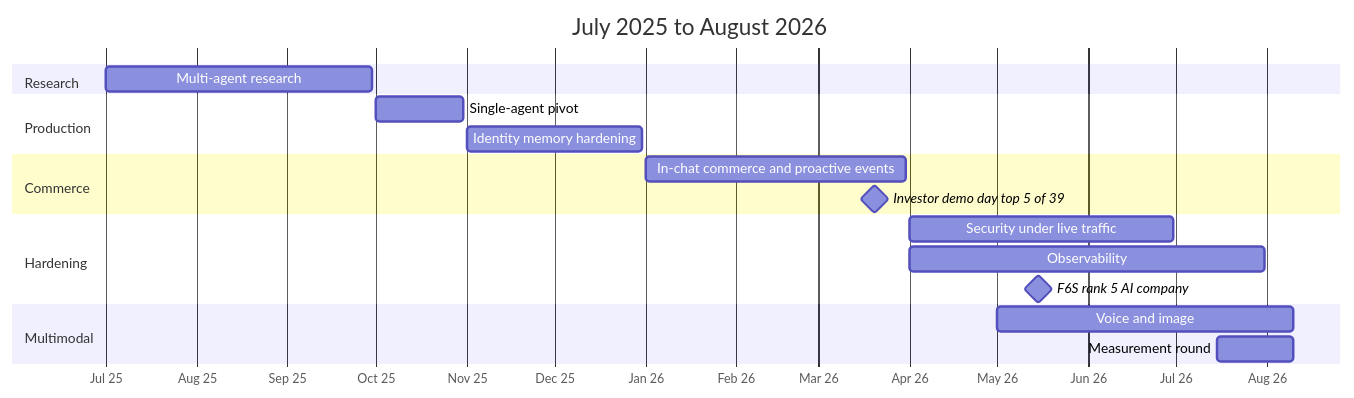
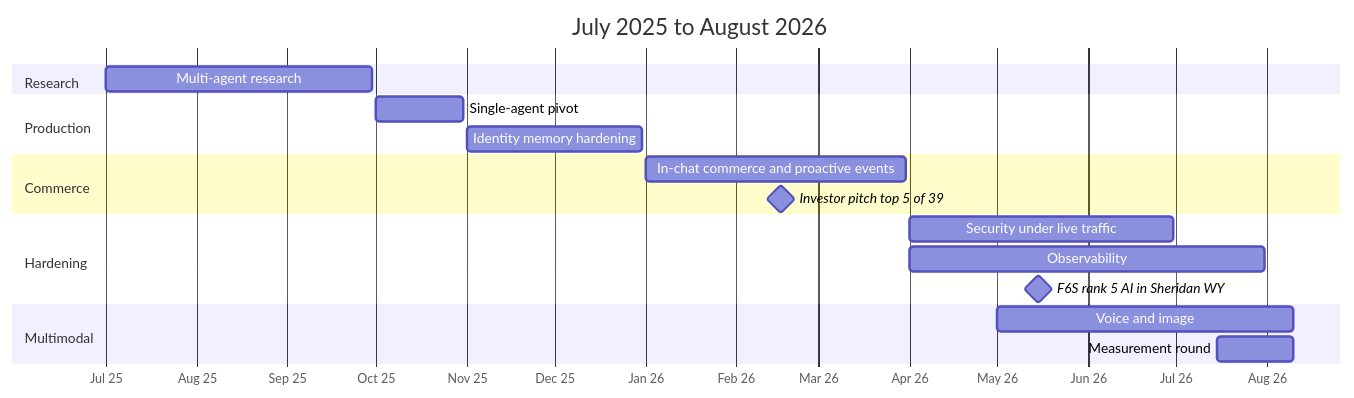
The second of 2 diagrams in README.md (JoshPola96/enterprise-ai-agent-architecture-esim), drawn with Mermaid before and after one commit. The commit also changed other lines of this file and 4 other files, not shown here.

````diff
--- a/README.md
+++ b/README.md
@@ -135,21 +135,21 @@
 ```mermaid
 gantt
     title July 2025 to August 2026
     dateFormat YYYY-MM-DD
     axisFormat %b %y
     section Research
     Multi-agent research                  :2025-07-01, 2025-09-30
     section Production
     Single-agent pivot                    :2025-10-01, 2025-10-31
     Identity memory hardening             :2025-11-01, 2025-12-31
     section Commerce
     In-chat commerce and proactive events :2026-01-01, 2026-03-31
-    Investor demo day top 5 of 39         :milestone, 2026-03-20, 0d
+    Investor pitch top 5 of 39            :milestone, 2026-02-16, 0d
     section Hardening
     Security under live traffic           :2026-04-01, 2026-06-30
     Observability                         :2026-04-01, 2026-07-31
-    F6S rank 5 AI company                 :milestone, 2026-05-15, 0d
+    F6S rank 5 AI in Sheridan WY          :milestone, 2026-05-15, 0d
     section Multimodal
     Voice and image                       :2026-05-01, 2026-08-10
     Measurement round                     :2026-07-15, 2026-08-10
 ```
````
